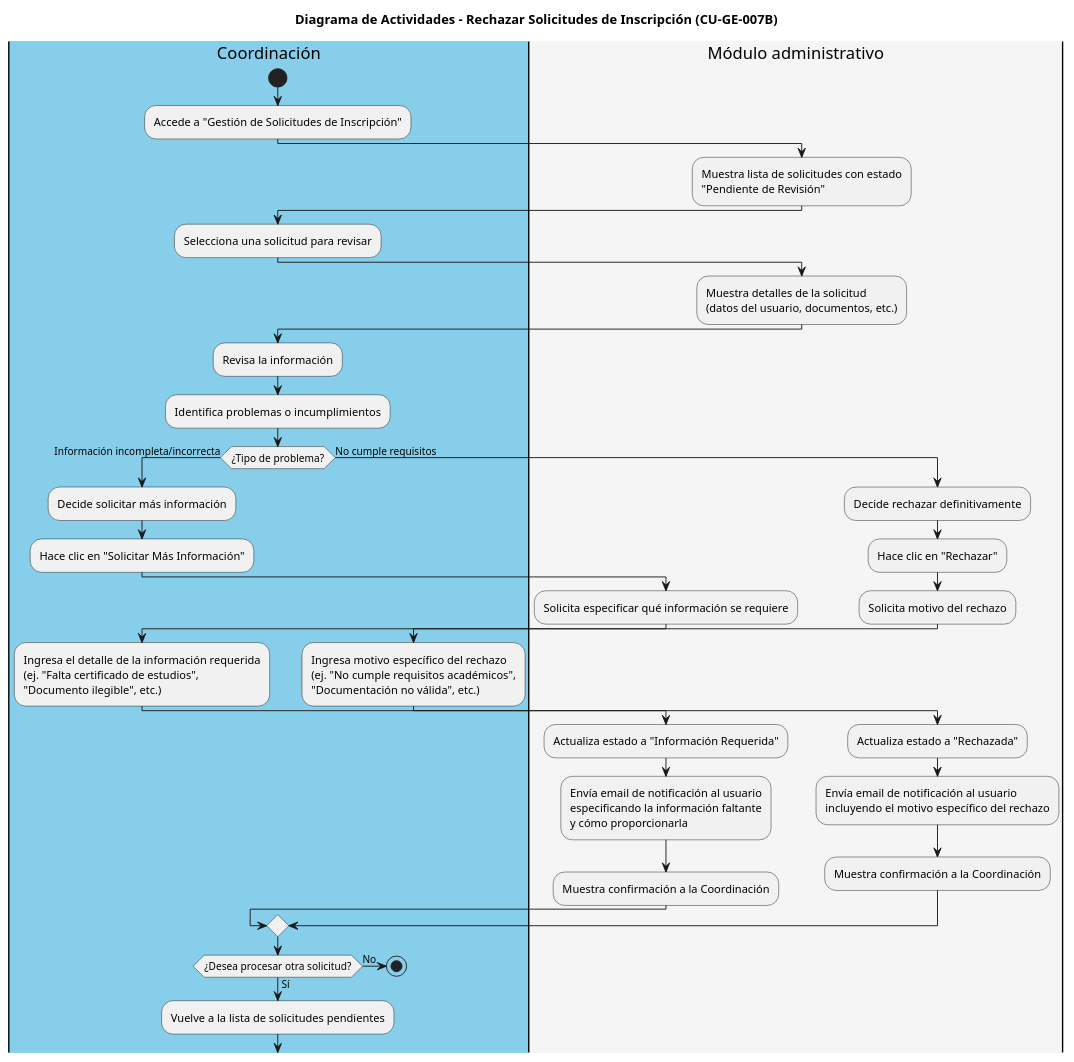
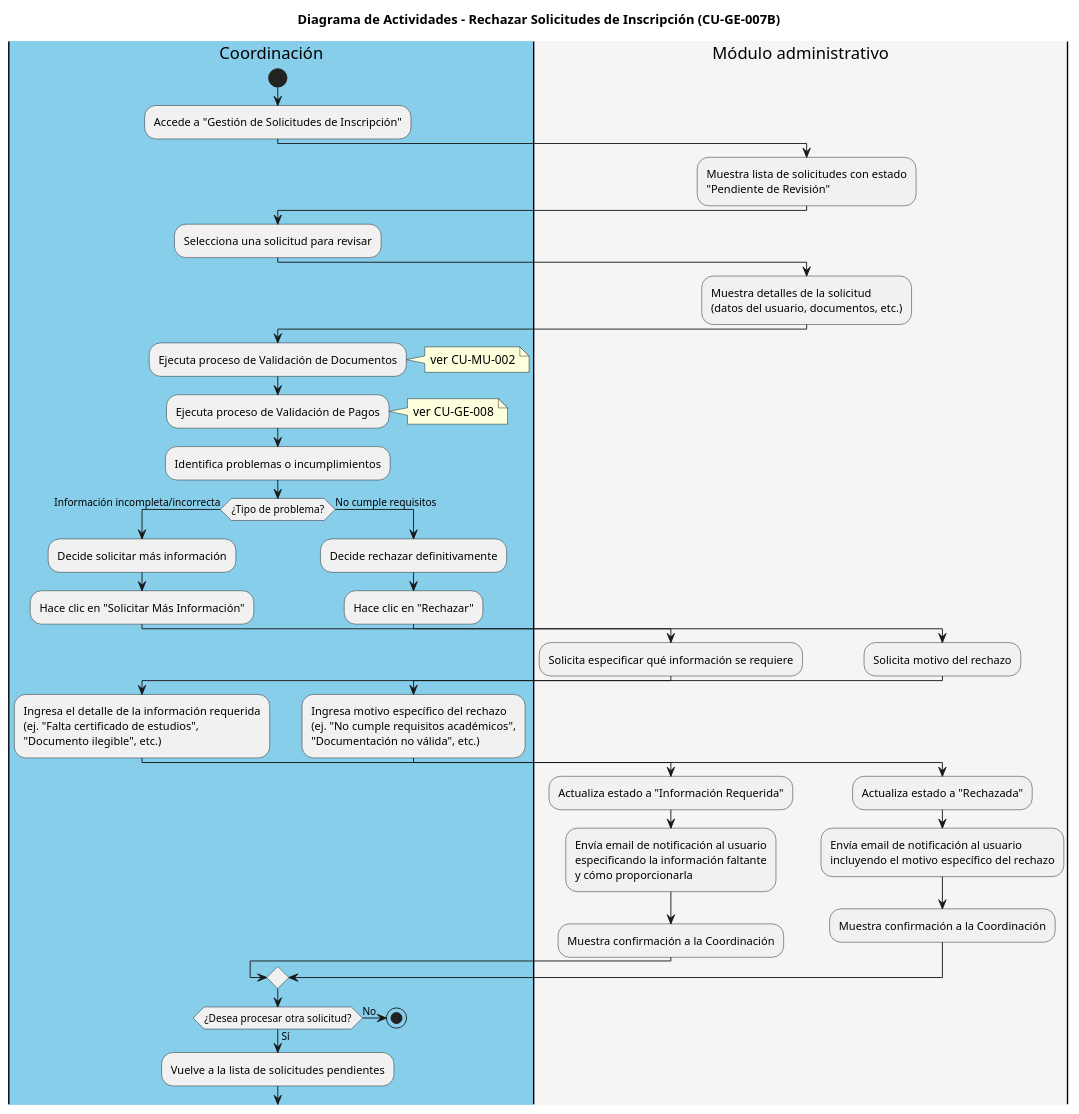
The diagram in code/CU-GE-007B_Rechazar_Inscripciones.puml (iKinoo/baby-salesforce-admin-module), drawn with PlantUML before and after one commit. The commit also changed 6 other files, not shown here.

```diff
--- a/code/CU-GE-007B_Rechazar_Inscripciones.puml
+++ b/code/CU-GE-007B_Rechazar_Inscripciones.puml
@@ -1,59 +1,64 @@
 @startuml
 title Diagrama de Actividades - Rechazar Solicitudes de Inscripción (CU-GE-007B)
 
 |#skyblue|Coordinación|
 start
 :Accede a "Gestión de Solicitudes de Inscripción";
 
 |#whitesmoke|Módulo administrativo|
 :Muestra lista de solicitudes con estado
 "Pendiente de Revisión";
 
 |#skyblue|Coordinación|
 :Selecciona una solicitud para revisar;
 
 |#whitesmoke|Módulo administrativo|
 :Muestra detalles de la solicitud
 (datos del usuario, documentos, etc.);
 
 |#skyblue|Coordinación|
-:Revisa la información;
+:Ejecuta proceso de Validación de Documentos;
+note right: ver CU-MU-002
+:Ejecuta proceso de Validación de Pagos;
+note right: ver CU-GE-008
 :Identifica problemas o incumplimientos;
 if (¿Tipo de problema?) then (Información incompleta/incorrecta)
+  |#skyblue|Coordinación|
   :Decide solicitar más información;
   :Hace clic en "Solicitar Más Información";
   |#whitesmoke|Módulo administrativo|
   :Solicita especificar qué información se requiere;
   |#skyblue|Coordinación|
   :Ingresa el detalle de la información requerida
   (ej. "Falta certificado de estudios",
   "Documento ilegible", etc.);
   |#whitesmoke|Módulo administrativo|
   :Actualiza estado a "Información Requerida";
   :Envía email de notificación al usuario
   especificando la información faltante
   y cómo proporcionarla;
   :Muestra confirmación a la Coordinación;
 else (No cumple requisitos)
+  |#skyblue|Coordinación|
   :Decide rechazar definitivamente;
   :Hace clic en "Rechazar";
   |#whitesmoke|Módulo administrativo|
   :Solicita motivo del rechazo;
   |#skyblue|Coordinación|
   :Ingresa motivo específico del rechazo
   (ej. "No cumple requisitos académicos",
   "Documentación no válida", etc.);
   |#whitesmoke|Módulo administrativo|
   :Actualiza estado a "Rechazada";
   :Envía email de notificación al usuario
   incluyendo el motivo específico del rechazo;
   :Muestra confirmación a la Coordinación;
 endif
 
 |#skyblue|Coordinación|
 if (¿Desea procesar otra solicitud?) then (Sí)
   :Vuelve a la lista de solicitudes pendientes;
 else (No)
   stop
 endif
 @enduml
```
